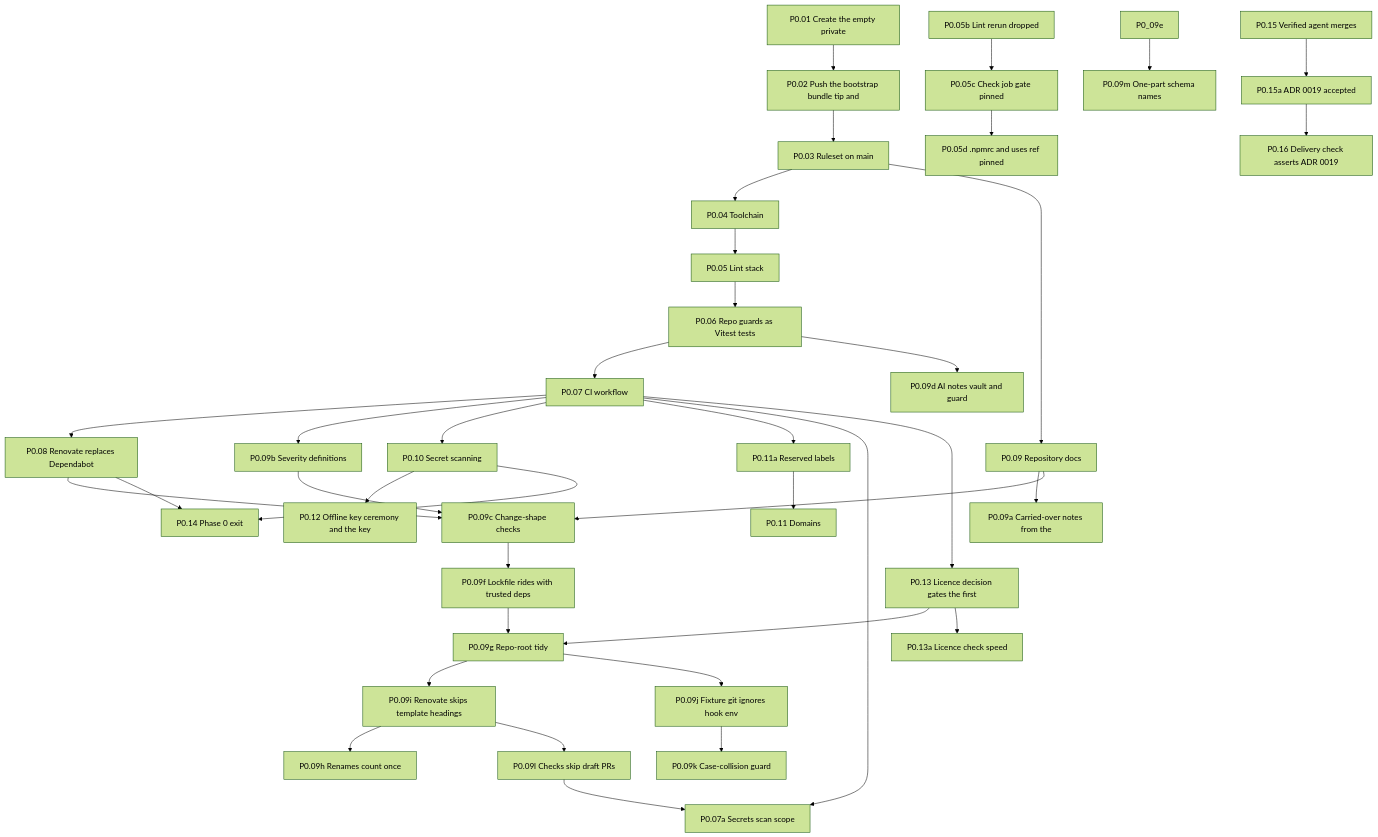
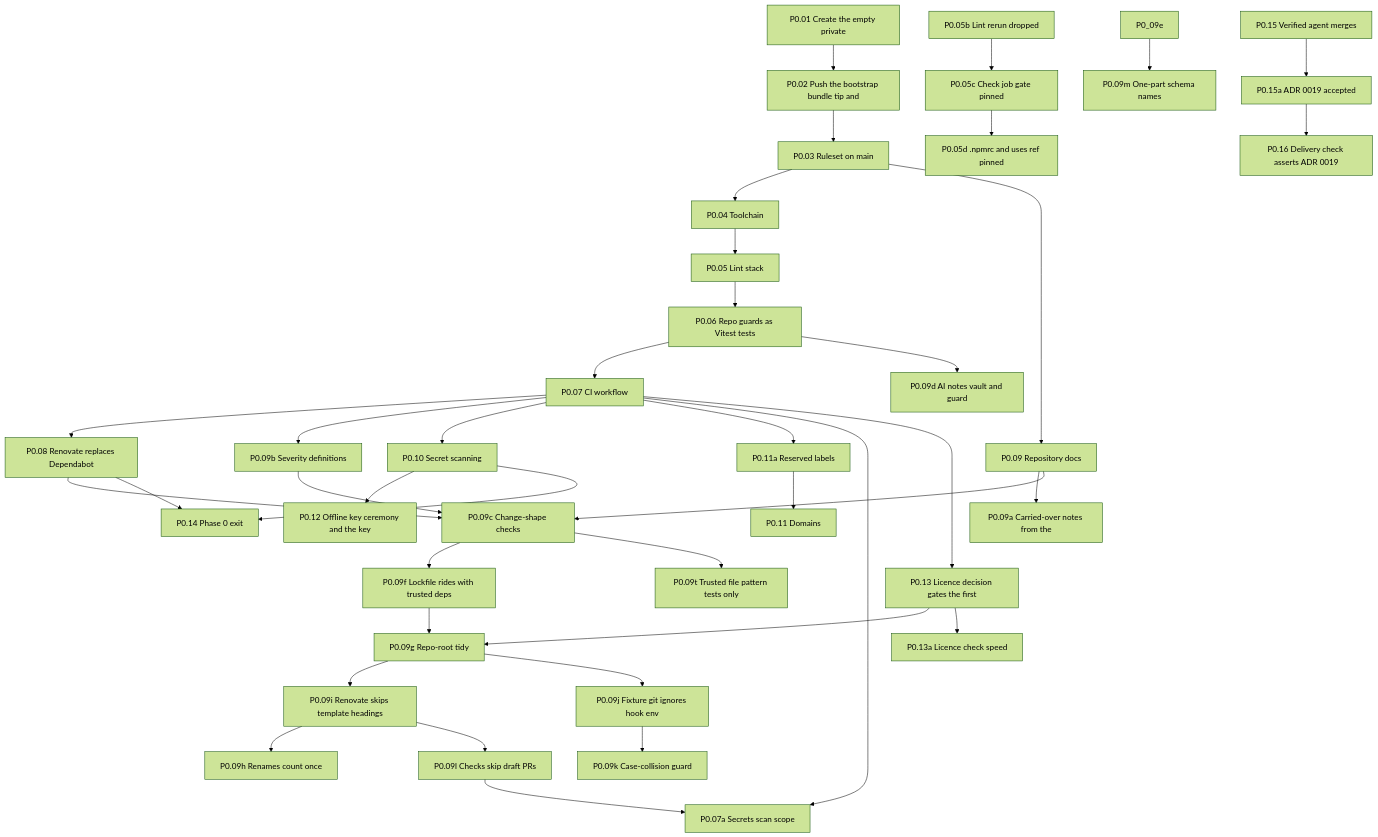
The first of 11 diagrams in docs/ai/book/01-outline.md (Undefined6799/unset), drawn with Mermaid (forest theme) before and after one commit. The commit also changed other lines of this file and 4 other files, not shown here.

````diff
--- a/docs/ai/book/01-outline.md
+++ b/docs/ai/book/01-outline.md
@@ -66,75 +67,77 @@
 ```mermaid
 flowchart TD
   P0_01["P0.01 Create the empty private"]
   P0_02["P0.02 Push the bootstrap bundle tip and"]
   P0_03["P0.03 Ruleset on main"]
   P0_04["P0.04 Toolchain"]
   P0_05["P0.05 Lint stack"]
   P0_05b["P0.05b Lint rerun dropped"]
   P0_05c["P0.05c Check job gate pinned"]
   P0_05d["P0.05d .npmrc and uses ref pinned"]
   P0_06["P0.06 Repo guards as Vitest tests"]
   P0_07["P0.07 CI workflow"]
   P0_08["P0.08 Renovate replaces Dependabot"]
   P0_09["P0.09 Repository docs"]
   P0_09a["P0.09a Carried-over notes from the"]
   P0_09b["P0.09b Severity definitions"]
   P0_09c["P0.09c Change-shape checks"]
   P0_09d["P0.09d AI notes vault and guard"]
   P0_09f["P0.09f Lockfile rides with trusted deps"]
   P0_09g["P0.09g Repo-root tidy"]
   P0_09h["P0.09h Renames count once"]
   P0_09i["P0.09i Renovate skips template headings"]
   P0_09l["P0.09l Checks skip draft PRs"]
   P0_07a["P0.07a Secrets scan scope"]
   P0_09j["P0.09j Fixture git ignores hook env"]
   P0_09k["P0.09k Case-collision guard"]
   P0_09m["P0.09m One-part schema names"]
+  P0_09t["P0.09t Trusted file pattern tests only"]
   P0_10["P0.10 Secret scanning"]
   P0_11a["P0.11a Reserved labels"]
   P0_11["P0.11 Domains"]
   P0_12["P0.12 Offline key ceremony and the key"]
   P0_13["P0.13 Licence decision gates the first"]
   P0_13a["P0.13a Licence check speed"]
   P0_14["P0.14 Phase 0 exit"]
   P0_15["P0.15 Verified agent merges"]
   P0_15a["P0.15a ADR 0019 accepted"]
   P0_16["P0.16 Delivery check asserts ADR 0019"]
   P0_01 --> P0_02
   P0_02 --> P0_03
   P0_03 --> P0_04
   P0_04 --> P0_05
   P0_05b --> P0_05c
   P0_05c --> P0_05d
   P0_05 --> P0_06
   P0_06 --> P0_07
   P0_07 --> P0_08
   P0_03 --> P0_09
   P0_09 --> P0_09a
   P0_07 --> P0_09b
   P0_08 --> P0_09c
   P0_09 --> P0_09c
   P0_09b --> P0_09c
   P0_06 --> P0_09d
   P0_09c --> P0_09f
+  P0_09c --> P0_09t
   P0_09f --> P0_09g
   P0_13 --> P0_09g
   P0_09g --> P0_09i
   P0_09g --> P0_09j
   P0_09i --> P0_09h
   P0_09j --> P0_09k
   P0_09e --> P0_09m
   P0_09i --> P0_09l
   P0_07 --> P0_10
   P0_07 --> P0_11a
   P0_07 --> P0_07a
   P0_09l --> P0_07a
   P0_11a --> P0_11
   P0_10 --> P0_12
   P0_07 --> P0_13
   P0_13 --> P0_13a
   P0_08 --> P0_14
   P0_10 --> P0_14
   P0_15 --> P0_15a
   P0_15a --> P0_16
 ```
````
